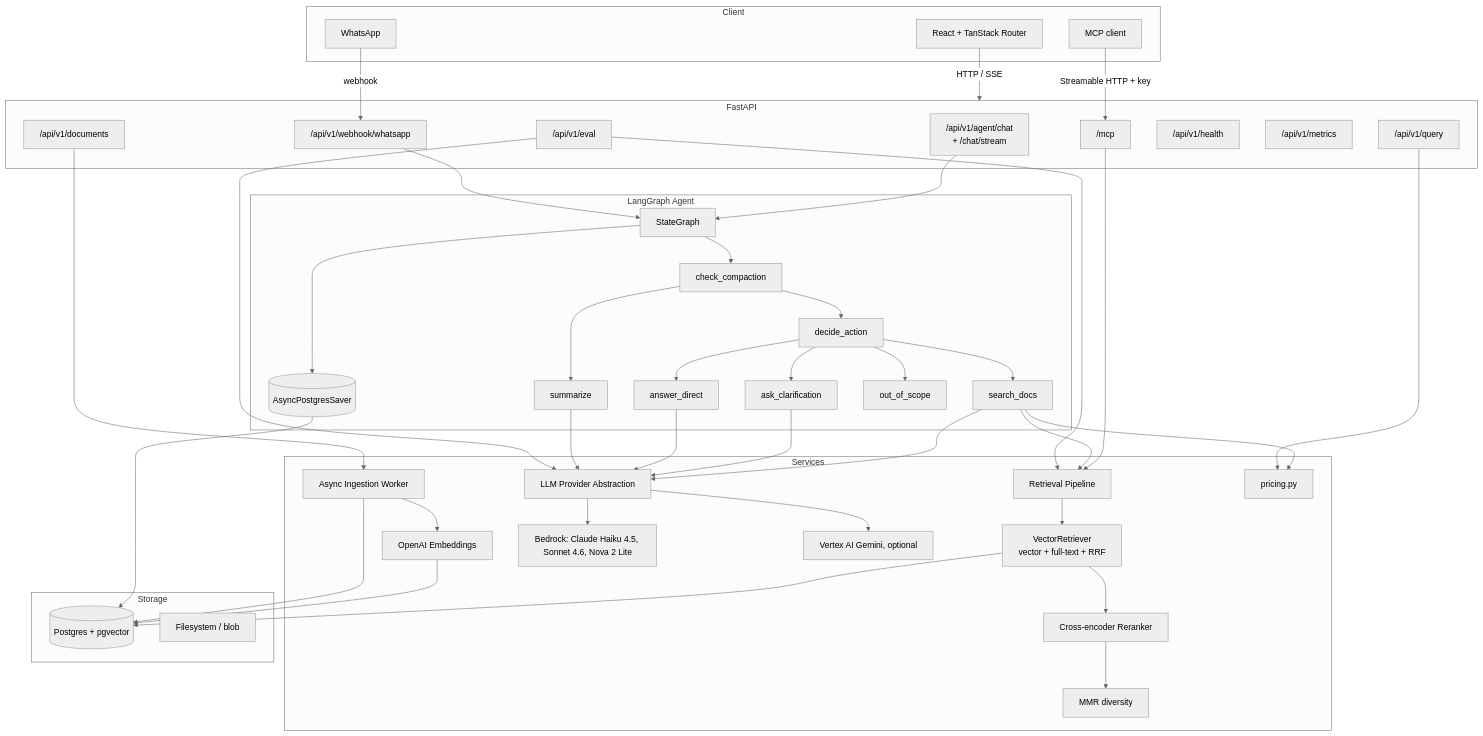
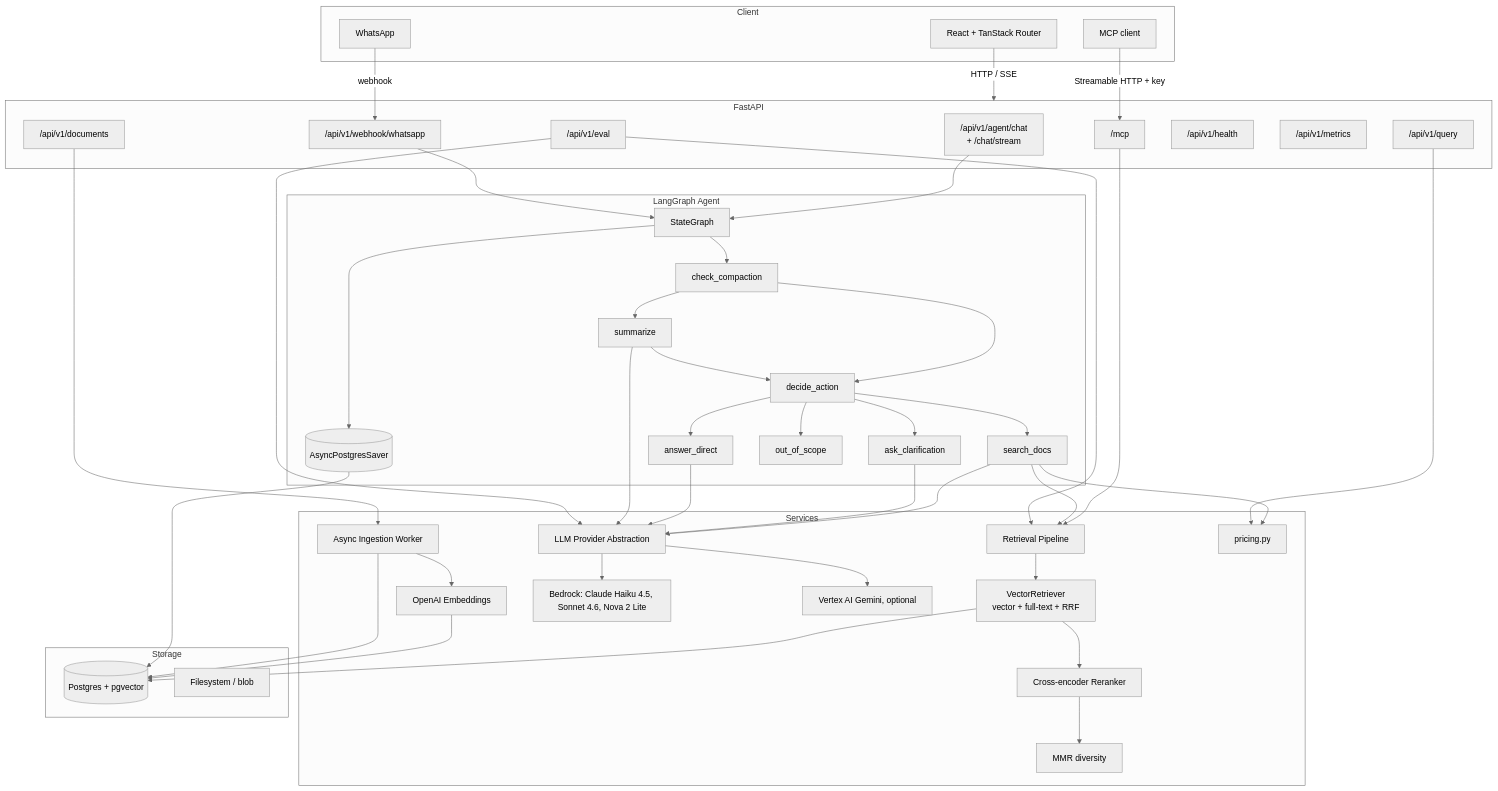
Before and after one commit to FrancoCazal/WhisperDocs: the first of 4 diagrams in ARCHITECTURE.md, drawn with Mermaid (neutral theme). The commit also changed 1 other file, not shown here.

Commit message:
docs: the readme gets an architecture diagram (channels, the seven-node graph, retrieval inside search_docs, mcp search, ingestion, stores) and the component diagram gains the summarize -> decide_action edge

```diff
--- a/ARCHITECTURE.md
+++ b/ARCHITECTURE.md
@@ -65,6 +65,7 @@
   Webhook --> Graph
   Graph --> Compaction --> Summarize
   Compaction --> Classifier
+  Summarize --> Classifier
   Classifier --> Search
   Classifier --> Clarify
   Classifier --> Direct
```
